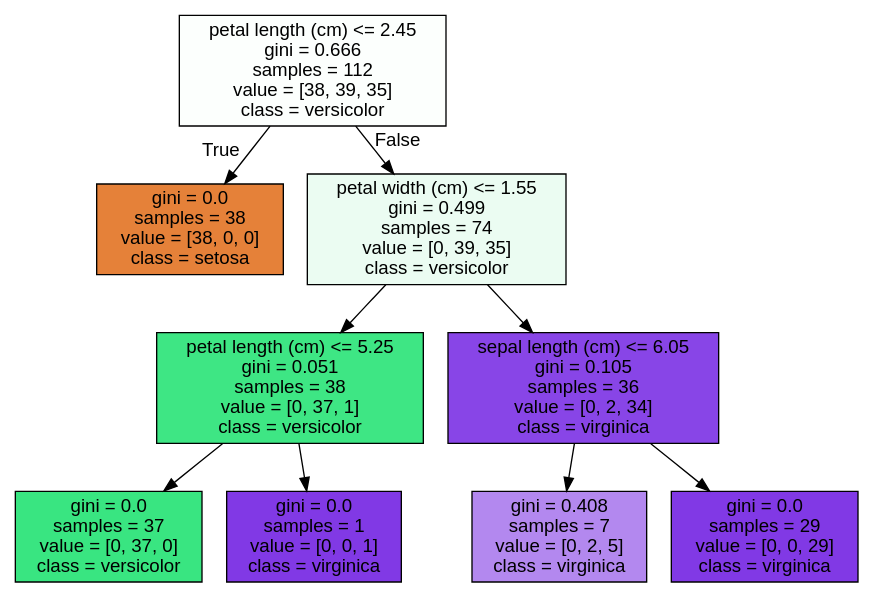
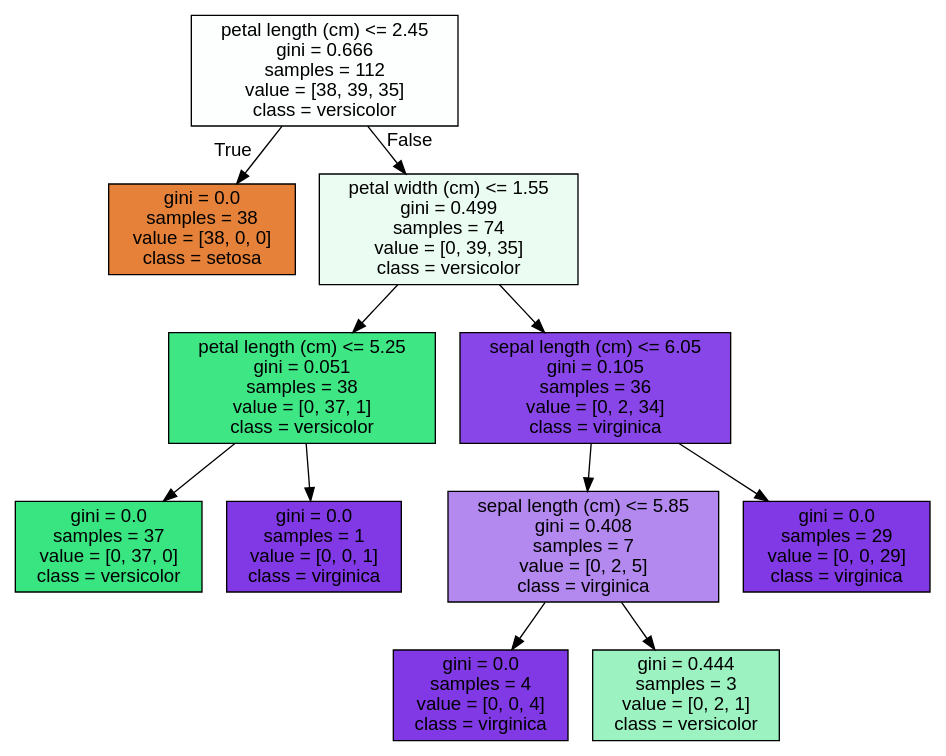
One commit to annmunju/multicam_ds changed the diagram in 12_MachineLearning/day4/tree3.dot. Above: the diagram before and after it, drawn with Graphviz. The commit also changed 16 other files, not shown here.

```diff
--- a/12_MachineLearning/day4/tree3.dot
+++ b/12_MachineLearning/day4/tree3.dot
@@ -1,21 +1,25 @@
 digraph Tree {
 node [shape=box, style="filled", color="black", fontname="helvetica"] ;
 edge [fontname="helvetica"] ;
 0 [label="petal length (cm) <= 2.45\ngini = 0.666\nsamples = 112\nvalue = [38, 39, 35]\nclass = versicolor", fillcolor="#fcfffd"] ;
 1 [label="gini = 0.0\nsamples = 38\nvalue = [38, 0, 0]\nclass = setosa", fillcolor="#e58139"] ;
 0 -> 1 [labeldistance=2.5, labelangle=45, headlabel="True"] ;
 2 [label="petal width (cm) <= 1.55\ngini = 0.499\nsamples = 74\nvalue = [0, 39, 35]\nclass = versicolor", fillcolor="#ebfcf2"] ;
 0 -> 2 [labeldistance=2.5, labelangle=-45, headlabel="False"] ;
 3 [label="petal length (cm) <= 5.25\ngini = 0.051\nsamples = 38\nvalue = [0, 37, 1]\nclass = versicolor", fillcolor="#3ee684"] ;
 2 -> 3 ;
 4 [label="gini = 0.0\nsamples = 37\nvalue = [0, 37, 0]\nclass = versicolor", fillcolor="#39e581"] ;
 3 -> 4 ;
 5 [label="gini = 0.0\nsamples = 1\nvalue = [0, 0, 1]\nclass = virginica", fillcolor="#8139e5"] ;
 3 -> 5 ;
 6 [label="sepal length (cm) <= 6.05\ngini = 0.105\nsamples = 36\nvalue = [0, 2, 34]\nclass = virginica", fillcolor="#8845e7"] ;
 2 -> 6 ;
-7 [label="gini = 0.408\nsamples = 7\nvalue = [0, 2, 5]\nclass = virginica", fillcolor="#b388ef"] ;
+7 [label="sepal length (cm) <= 5.85\ngini = 0.408\nsamples = 7\nvalue = [0, 2, 5]\nclass = virginica", fillcolor="#b388ef"] ;
 6 -> 7 ;
-8 [label="gini = 0.0\nsamples = 29\nvalue = [0, 0, 29]\nclass = virginica", fillcolor="#8139e5"] ;
-6 -> 8 ;
+8 [label="gini = 0.0\nsamples = 4\nvalue = [0, 0, 4]\nclass = virginica", fillcolor="#8139e5"] ;
+7 -> 8 ;
+9 [label="gini = 0.444\nsamples = 3\nvalue = [0, 2, 1]\nclass = versicolor", fillcolor="#9cf2c0"] ;
+7 -> 9 ;
+10 [label="gini = 0.0\nsamples = 29\nvalue = [0, 0, 29]\nclass = virginica", fillcolor="#8139e5"] ;
+6 -> 10 ;
 }
```
